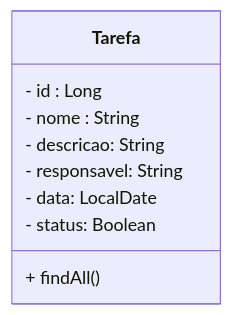
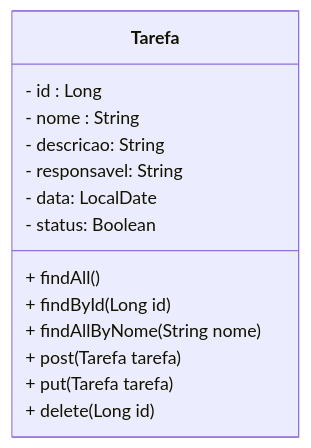
One commit to rafaelq80/tdd_todolist changed the diagram in README.md. Above: the diagram before and after it, drawn with Mermaid.

````diff
--- a/README.md
+++ b/README.md
@@ -13,12 +13,17 @@
 ```mermaid
 classDiagram
 class Tarefa {
   - id : Long
   - nome : String
   - descricao: String
   - responsavel: String
   - data: LocalDate
   - status: Boolean
   + findAll()
+  + findById(Long id)
+  + findAllByNome(String nome)
+  + post(Tarefa tarefa)
+  + put(Tarefa tarefa)
+  + delete(Long id)
 }
 ```
````
